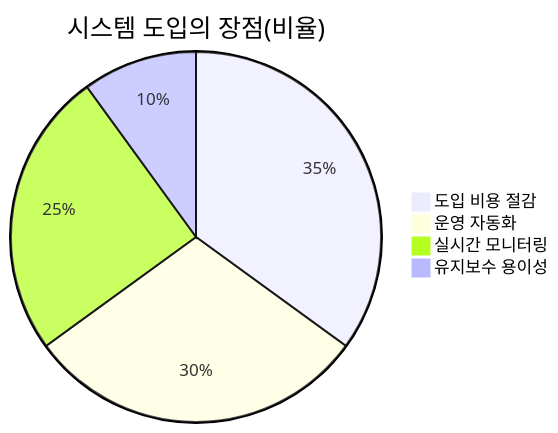
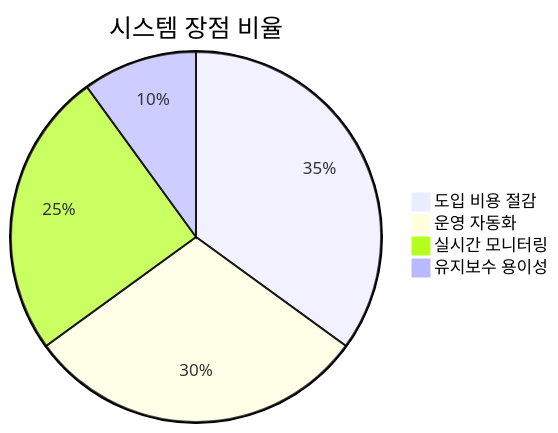
Before and after one commit to minajwsy/RL-3DbinPacking: diagram 24 of 25 in docs/커서chat내용Export/커서Q&A0823a-사장보고서.md, drawn with Mermaid. The commit also changed other lines of this file and 5 other files, not shown here.

````diff
--- a/docs/커서chat내용Export/커서Q&A0823a-사장보고서.md
+++ b/docs/커서chat내용Export/커서Q&A0823a-사장보고서.md
@@ -1031,8 +966,8 @@
 ```mermaid
 pie
-    title 시스템 도입의 장점(비율)
+    title 시스템 장점 비율
     "도입 비용 절감" : 35
     "운영 자동화" : 30
     "실시간 모니터링" : 25
     "유지보수 용이성" : 10
 ```
````
